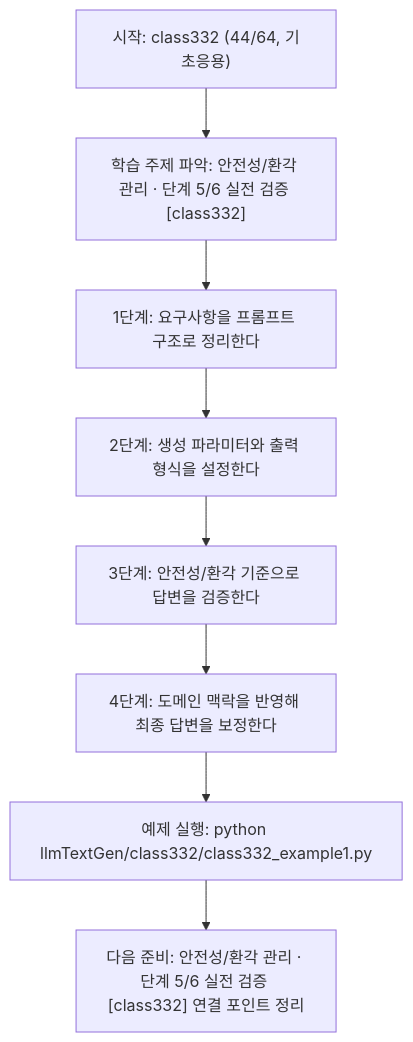
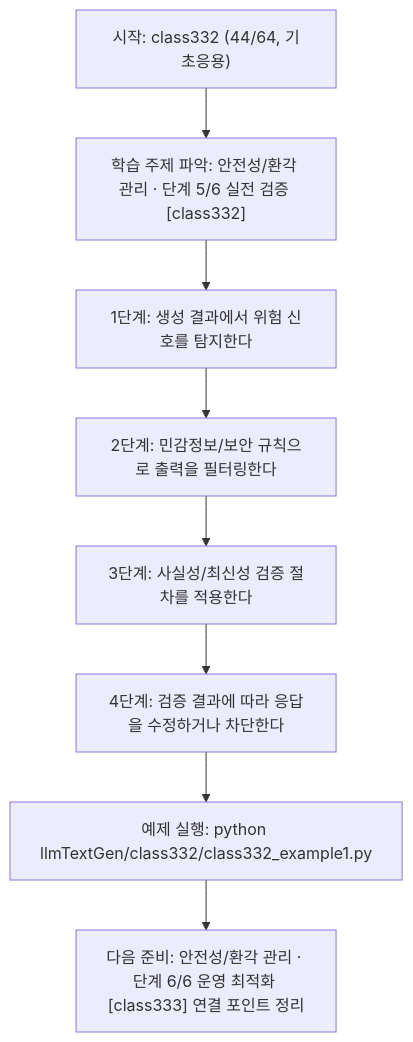
Before and after one commit to edumgt/Python-AI_Agent-Class: the diagram in llmTextGen/class332/class332.md, drawn with Mermaid. The commit also changed other lines of this file and 451 other files, not shown here.

````diff
--- a/llmTextGen/class332/class332.md
+++ b/llmTextGen/class332/class332.md
@@ -114,18 +95,18 @@
 ```mermaid
 flowchart TD
 N1["시작: class332 (44/64, 기초응용)"]
 N2["학습 주제 파악: 안전성/환각 관리 · 단계 5/6 실전 검증 [class332]"]
-N3["1단계: 요구사항을 프롬프트 구조로 정리한다"]
-N4["2단계: 생성 파라미터와 출력 형식을 설정한다"]
-N5["3단계: 안전성/환각 기준으로 답변을 검증한다"]
-N6["4단계: 도메인 맥락을 반영해 최종 답변을 보정한다"]
+N3["1단계: 생성 결과에서 위험 신호를 탐지한다"]
+N4["2단계: 민감정보/보안 규칙으로 출력을 필터링한다"]
+N5["3단계: 사실성/최신성 검증 절차를 적용한다"]
+N6["4단계: 검증 결과에 따라 응답을 수정하거나 차단한다"]
 N7["예제 실행: python llmTextGen/class332/class332_example1.py"]
-N8["다음 준비: 안전성/환각 관리 · 단계 5/6 실전 검증 [class332] 연결 포인트 정리"]
+N8["다음 준비: 안전성/환각 관리 · 단계 6/6 운영 최적화 [class333] 연결 포인트 정리"]
 N1 --> N2
 N2 --> N3
 N3 --> N4
 N4 --> N5
 N5 --> N6
 N6 --> N7
 N7 --> N8
 ```
````
